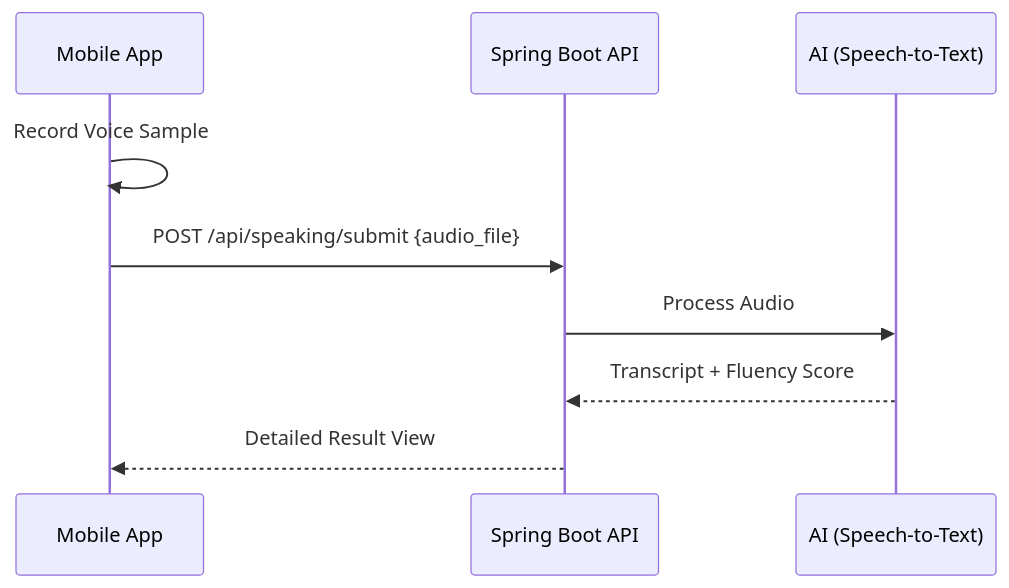
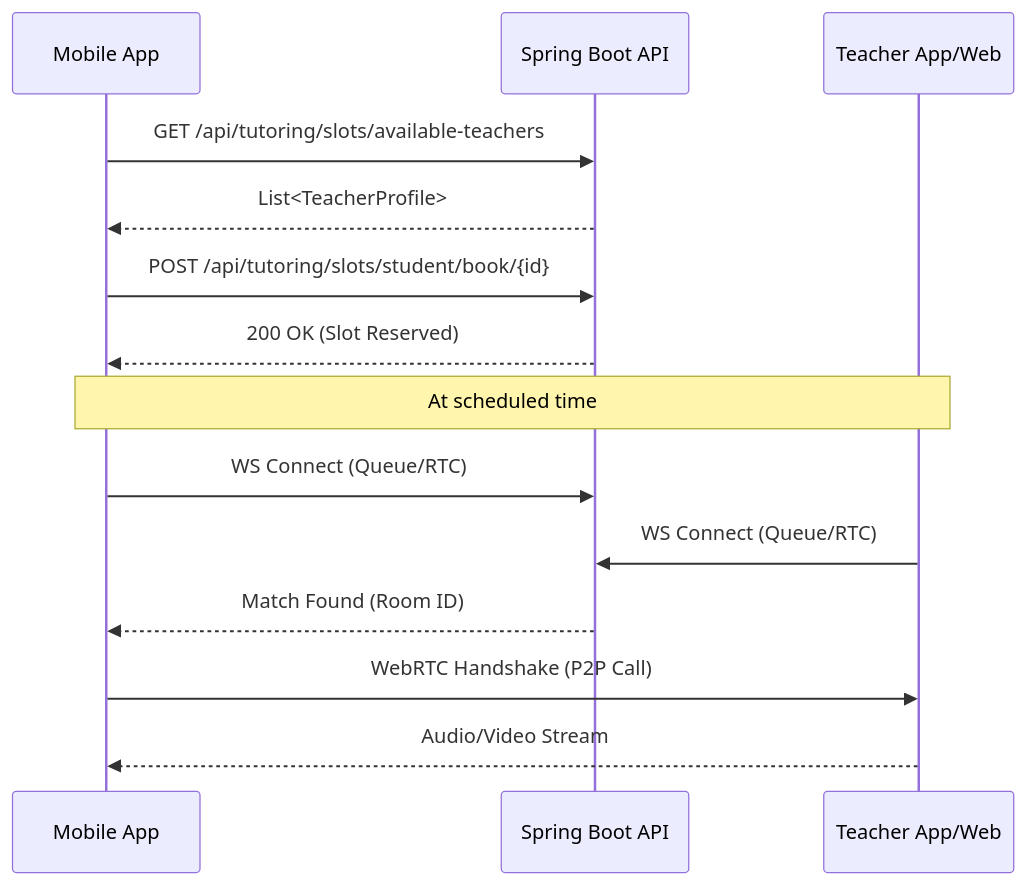
Before and after one commit to leeducc/eproject4: the tenth of 14 diagrams in document/Full_Screen_Technical_Documentation.md, drawn with Mermaid. The commit also changed other lines of this file and 64 other files, not shown here.

````diff
--- a/document/Full_Screen_Technical_Documentation.md
+++ b/document/Full_Screen_Technical_Documentation.md
@@ -338,11 +342,18 @@
   ```mermaid
   sequenceDiagram
-      participant App as Mobile App
+      participant Student as Mobile App
       participant API as Spring Boot API
-      participant STT as AI (Speech-to-Text)
-      App->>App: Record Voice Sample
-      App->>API: POST /api/speaking/submit {audio_file}
-      API->>STT: Process Audio
-      STT-->>API: Transcript + Fluency Score
-      API-->>App: Detailed Result View
+      participant Teacher as Teacher App/Web
+      
+      Student->>API: GET /api/tutoring/slots/available-teachers
+      API-->>Student: List<TeacherProfile>
+      Student->>API: POST /api/tutoring/slots/student/book/{id}
+      API-->>Student: 200 OK (Slot Reserved)
+      
+      Note over Student, Teacher: At scheduled time
+      Student->>API: WS Connect (Queue/RTC)
+      Teacher->>API: WS Connect (Queue/RTC)
+      API-->>Student: Match Found (Room ID)
+      Student->>Teacher: WebRTC Handshake (P2P Call)
+      Teacher-->>Student: Audio/Video Stream
   ```
````
